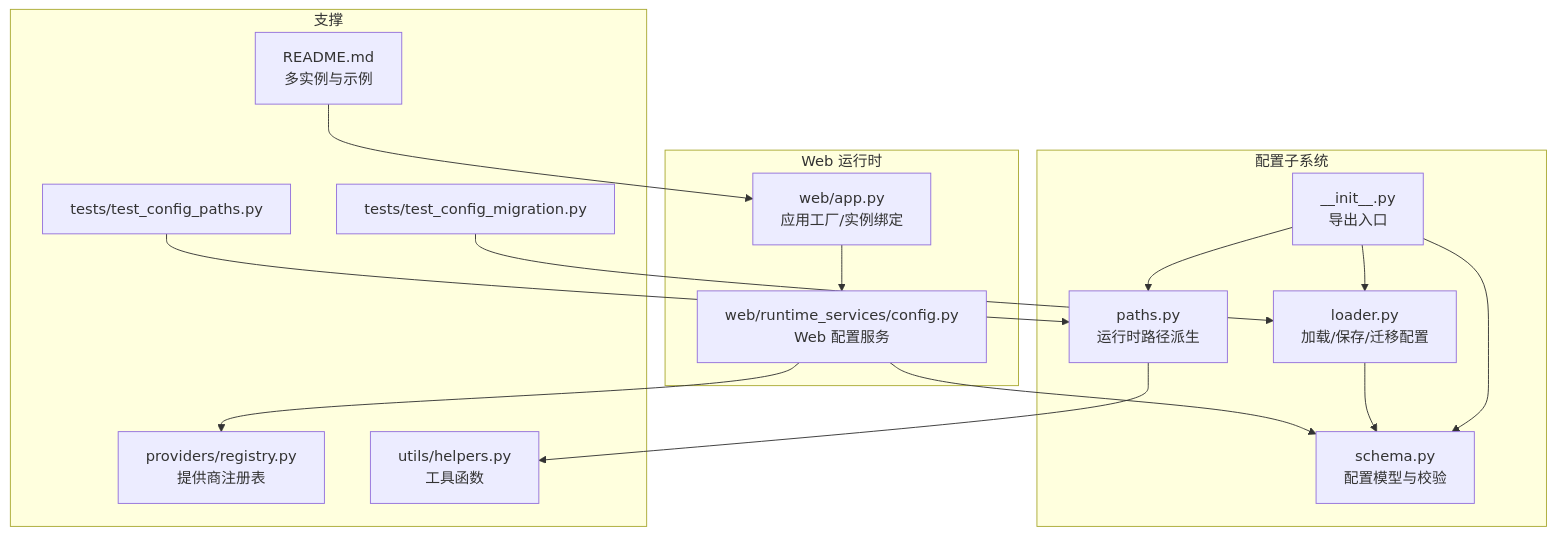
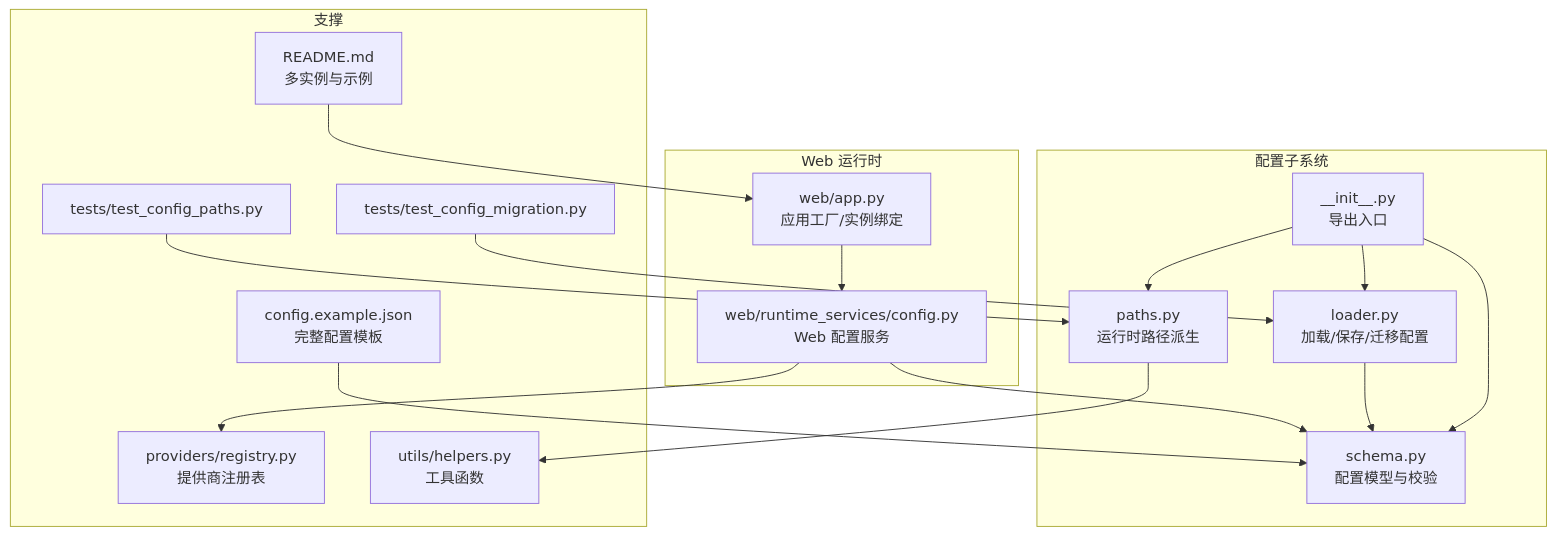
The first of 7 diagrams in .qoder/repowiki/zh/content/配置管理/配置管理.md (757607106/nanobot), drawn with Mermaid before and after one commit. The commit also changed other lines of this file and 60 other files, not shown here.

````diff
--- a/.qoder/repowiki/zh/content/配置管理/配置管理.md
+++ b/.qoder/repowiki/zh/content/配置管理/配置管理.md
@@ -43,31 +52,33 @@
 ```mermaid
 graph TB
 subgraph "配置子系统"
 L["loader.py<br/>加载/保存/迁移配置"]
 S["schema.py<br/>配置模型与校验"]
 P["paths.py<br/>运行时路径派生"]
 I["__init__.py<br/>导出入口"]
 end
 subgraph "Web 运行时"
 WCFG["web/runtime_services/config.py<br/>Web 配置服务"]
 APP["web/app.py<br/>应用工厂/实例绑定"]
 end
 subgraph "支撑"
 REG["providers/registry.py<br/>提供商注册表"]
 HELP["utils/helpers.py<br/>工具函数"]
 T1["tests/test_config_migration.py"]
 T2["tests/test_config_paths.py"]
 R["README.md<br/>多实例与示例"]
+E["config.example.json<br/>完整配置模板"]
 end
 I --> L
 I --> S
 I --> P
 L --> S
 WCFG --> S
 WCFG --> REG
 APP --> WCFG
 P --> HELP
 T1 --> L
 T2 --> P
 R --> APP
+E --> S
 ```
````
